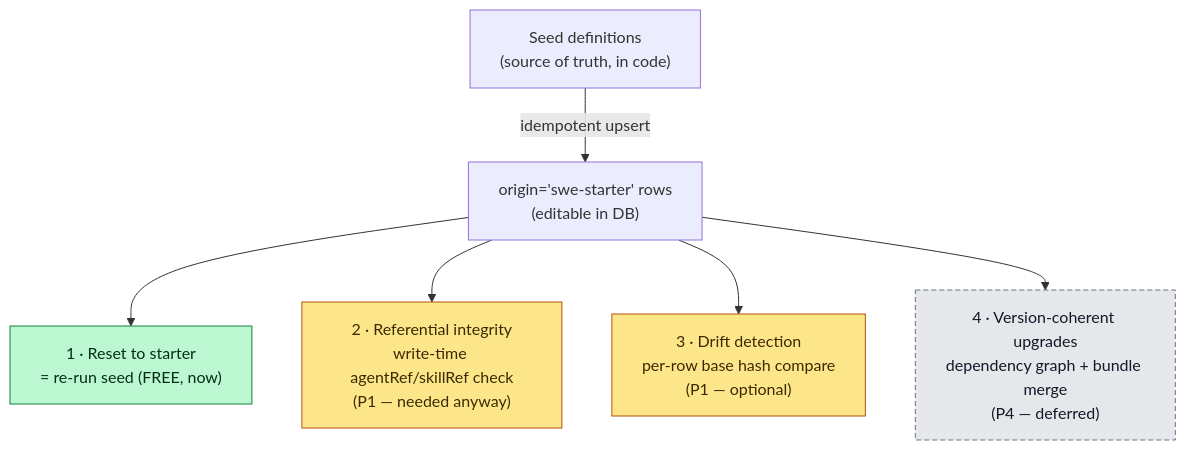
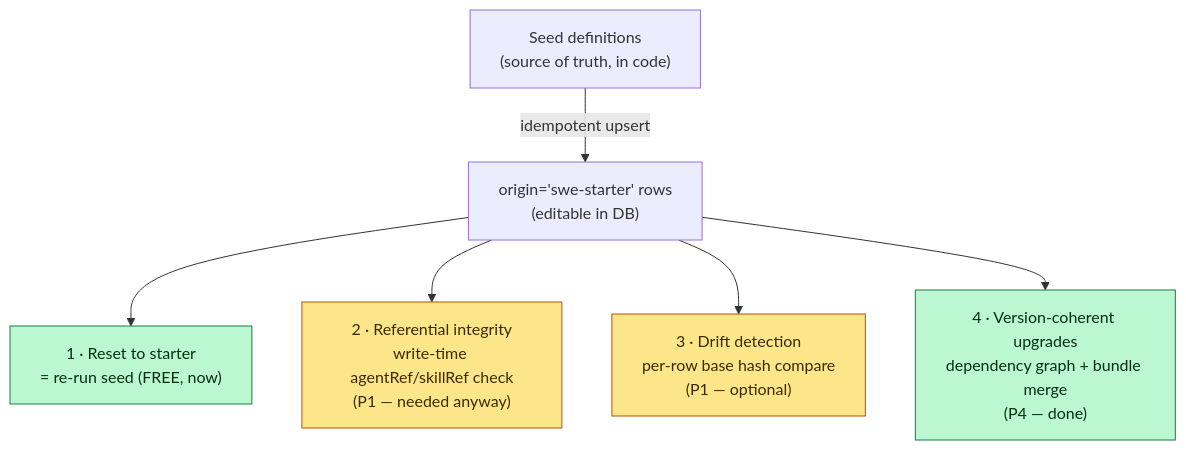
The ninth of 9 diagrams in docs/platform-pivot.md (yorch/auto-swe), drawn with Mermaid before and after one commit. The commit also changed other lines of this file and 39 other files, not shown here.

````diff
--- a/docs/platform-pivot.md
+++ b/docs/platform-pivot.md
@@ -698,16 +707,14 @@
 ```mermaid
 flowchart TB
     defs["Seed definitions<br/>(source of truth, in code)"] -->|"idempotent upsert"| rows["origin='swe-starter' rows<br/>(editable in DB)"]
 
     rows --> reset["1 · Reset to starter<br/>= re-run seed (FREE, now)"]
     rows --> integ["2 · Referential integrity<br/>write-time agentRef/skillRef check<br/>(P1 — needed anyway)"]
     rows --> drift["3 · Drift detection<br/>per-row base hash compare<br/>(P1 — optional)"]
-    rows --> upg["4 · Version-coherent upgrades<br/>dependency graph + bundle merge<br/>(P4 — deferred)"]
+    rows --> upg["4 · Version-coherent upgrades<br/>dependency graph + bundle merge<br/>(P4 — done)"]
 
     classDef now fill:#bbf7d0,stroke:#15803d,color:#052e16;
     classDef soon fill:#fde68a,stroke:#b45309,color:#3b2a00;
-    classDef later fill:#e5e7eb,stroke:#6b7280,color:#111827,stroke-dasharray: 5 3;
-    class reset now;
+    class reset,upg now;
     class integ,drift soon;
-    class upg later;
 ```
````
